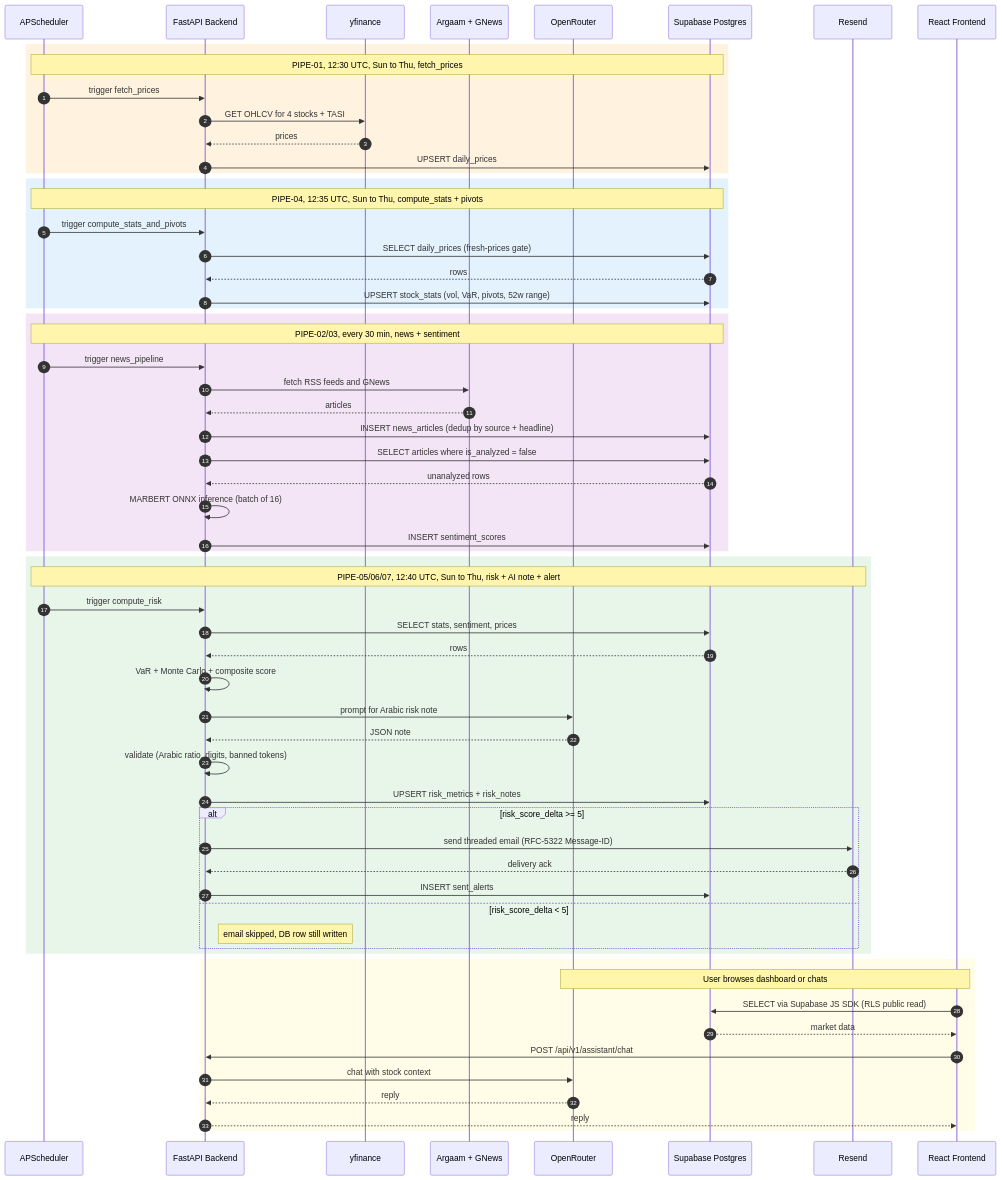
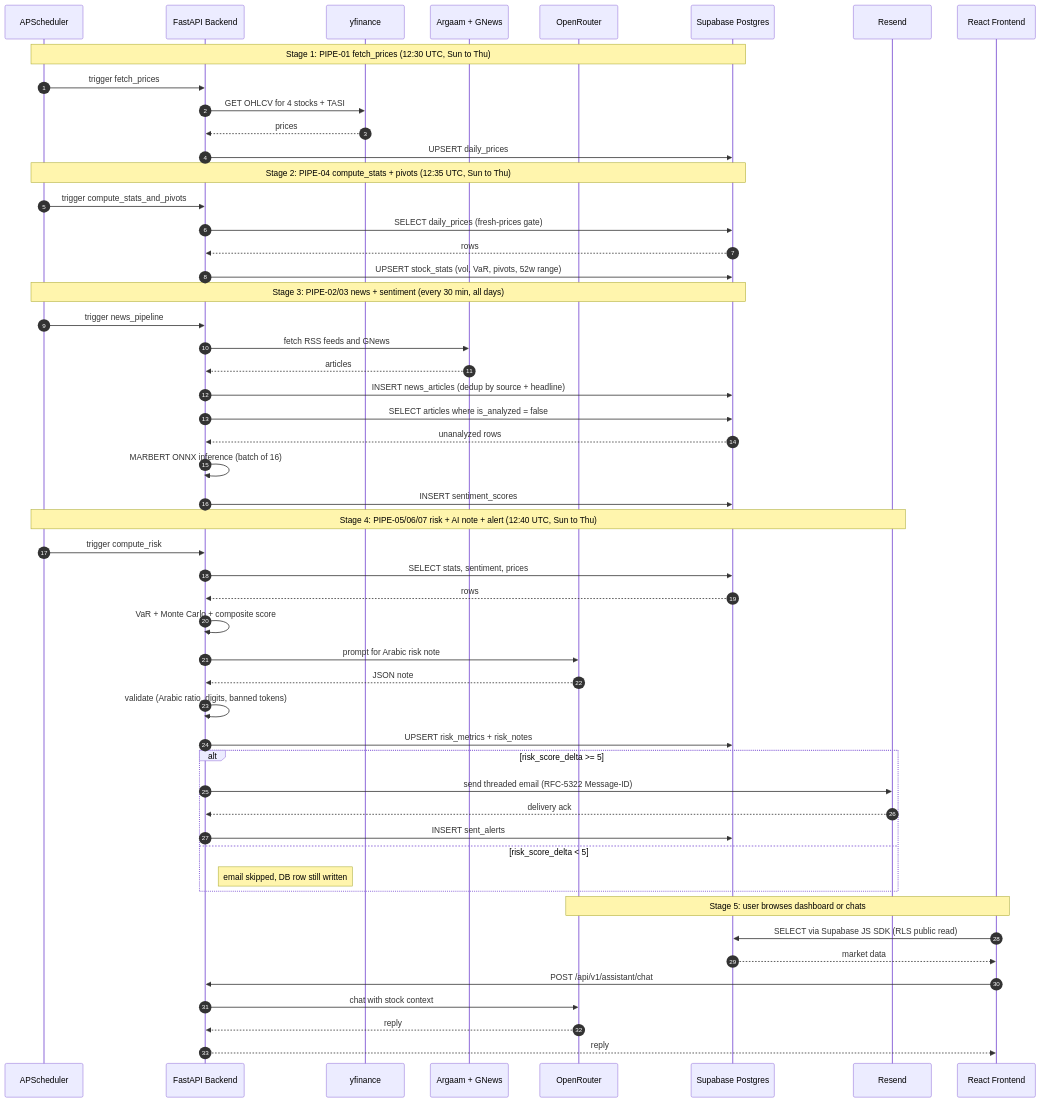
Before and after one commit to Tlvxg/Nabeeh: the diagram in README.md, drawn with Mermaid. The commit also changed other lines of this file, not shown here.

````diff
--- a/README.md
+++ b/README.md
@@ -110,69 +110,59 @@
 ```mermaid
 sequenceDiagram
     autonumber
     participant SCHED as APScheduler
     participant BE as FastAPI Backend
     participant YF as yfinance
     participant ARG as Argaam + GNews
     participant OR as OpenRouter
     participant DB as Supabase Postgres
     participant RS as Resend
     participant FE as React Frontend
 
-    rect rgb(255, 243, 224)
-    Note over SCHED,DB: PIPE-01, 12:30 UTC, Sun to Thu, fetch_prices
+    Note over SCHED,DB: Stage 1: PIPE-01 fetch_prices (12:30 UTC, Sun to Thu)
     SCHED->>BE: trigger fetch_prices
     BE->>YF: GET OHLCV for 4 stocks + TASI
     YF-->>BE: prices
     BE->>DB: UPSERT daily_prices
-    end
 
-    rect rgb(227, 242, 253)
-    Note over SCHED,DB: PIPE-04, 12:35 UTC, Sun to Thu, compute_stats + pivots
+    Note over SCHED,DB: Stage 2: PIPE-04 compute_stats + pivots (12:35 UTC, Sun to Thu)
     SCHED->>BE: trigger compute_stats_and_pivots
     BE->>DB: SELECT daily_prices (fresh-prices gate)
     DB-->>BE: rows
     BE->>DB: UPSERT stock_stats (vol, VaR, pivots, 52w range)
-    end
 
-    rect rgb(243, 229, 245)
-    Note over SCHED,DB: PIPE-02/03, every 30 min, news + sentiment
+    Note over SCHED,DB: Stage 3: PIPE-02/03 news + sentiment (every 30 min, all days)
     SCHED->>BE: trigger news_pipeline
     BE->>ARG: fetch RSS feeds and GNews
     ARG-->>BE: articles
     BE->>DB: INSERT news_articles (dedup by source + headline)
     BE->>DB: SELECT articles where is_analyzed = false
     DB-->>BE: unanalyzed rows
     BE->>BE: MARBERT ONNX inference (batch of 16)
     BE->>DB: INSERT sentiment_scores
-    end
 
-    rect rgb(232, 245, 233)
-    Note over SCHED,RS: PIPE-05/06/07, 12:40 UTC, Sun to Thu, risk + AI note + alert
+    Note over SCHED,RS: Stage 4: PIPE-05/06/07 risk + AI note + alert (12:40 UTC, Sun to Thu)
     SCHED->>BE: trigger compute_risk
     BE->>DB: SELECT stats, sentiment, prices
     DB-->>BE: rows
     BE->>BE: VaR + Monte Carlo + composite score
     BE->>OR: prompt for Arabic risk note
     OR-->>BE: JSON note
     BE->>BE: validate (Arabic ratio, digits, banned tokens)
     BE->>DB: UPSERT risk_metrics + risk_notes
     alt risk_score_delta >= 5
         BE->>RS: send threaded email (RFC-5322 Message-ID)
         RS-->>BE: delivery ack
         BE->>DB: INSERT sent_alerts
     else risk_score_delta < 5
         Note right of BE: email skipped, DB row still written
     end
-    end
 
-    rect rgb(255, 253, 231)
-    Note over FE,OR: User browses dashboard or chats
+    Note over FE,OR: Stage 5: user browses dashboard or chats
     FE->>DB: SELECT via Supabase JS SDK (RLS public read)
     DB-->>FE: market data
     FE->>BE: POST /api/v1/assistant/chat
     BE->>OR: chat with stock context
     OR-->>BE: reply
     BE-->>FE: reply
-    end
 ```
````
